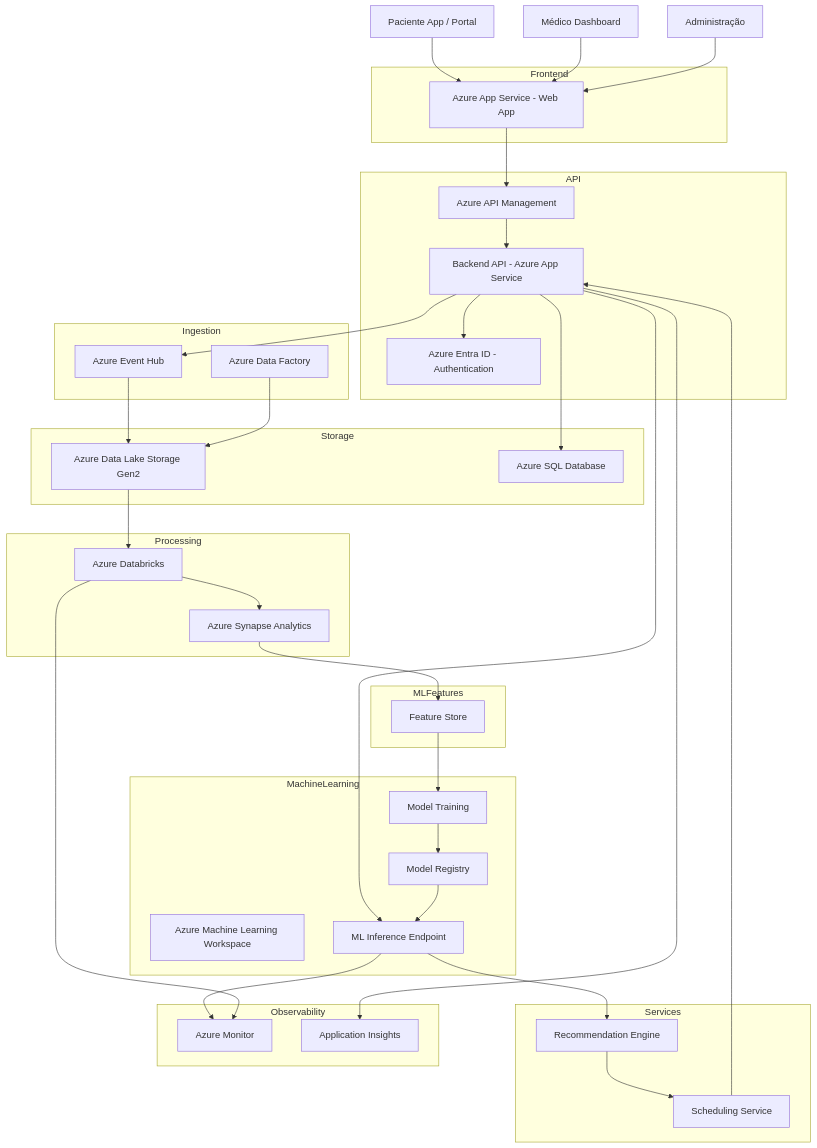
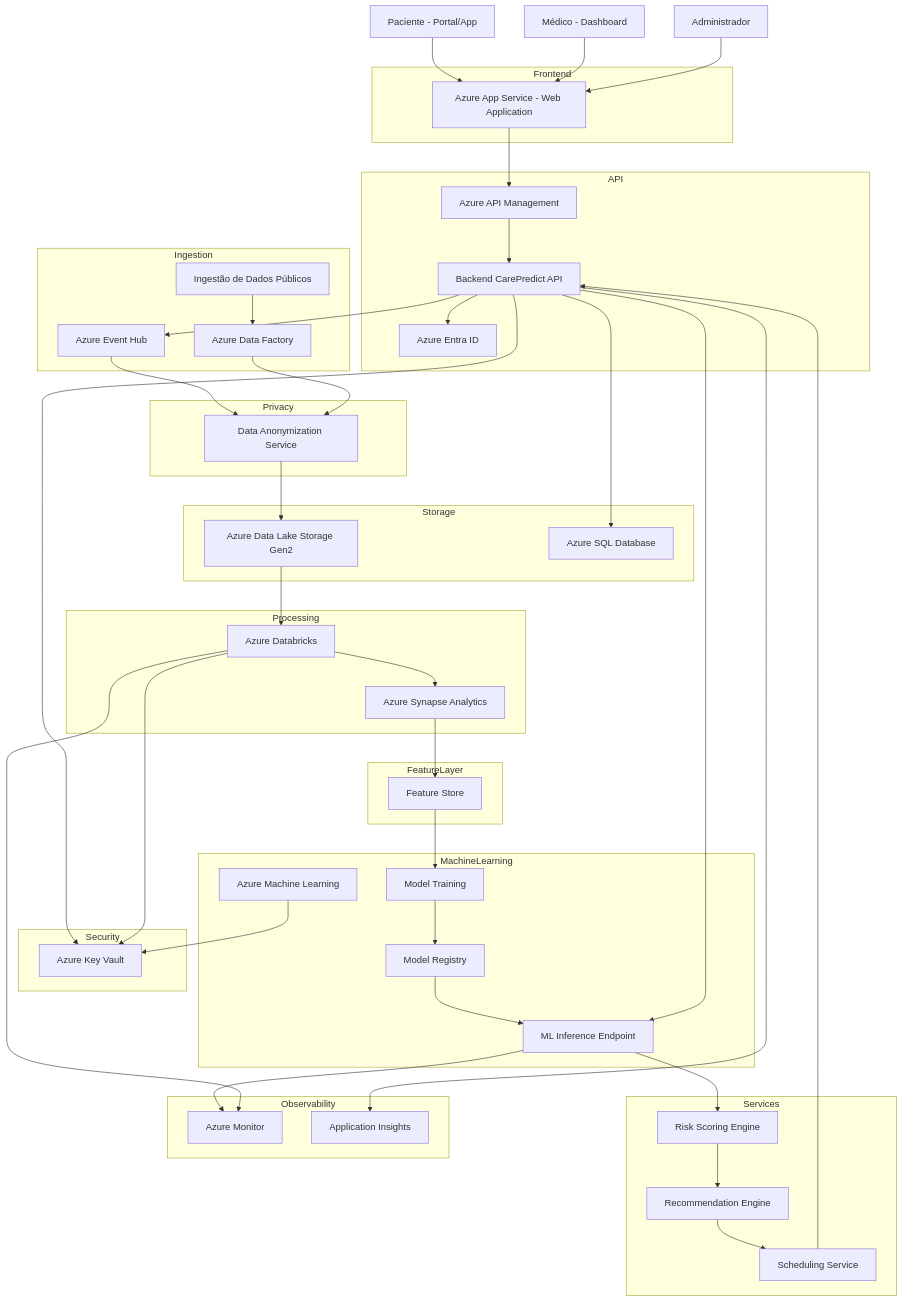
One commit to ccps1-care-predict/care-plus-ccps1 changed the first of 2 diagrams in ARQUITERUA CLOUD.md. Above: the diagram before and after it, drawn with Mermaid. The commit also changed other lines of this file, not shown here.

`````diff
--- a/ARQUITERUA CLOUD.md
+++ b/ARQUITERUA CLOUD.md
@@ -4,92 +17,155 @@
 flowchart TB
 
 %% USERS
-Paciente[Paciente App / Portal]
-Medico[Médico Dashboard]
-Admin[Administração]
+
+Paciente[Paciente - Portal/App]
+Medico[Médico - Dashboard]
+Admin[Administrador]
 
 %% FRONTEND
+
 subgraph Frontend
-WebApp[Azure App Service - Web App]
+
+WebApp[Azure App Service - Web Application]
+
 end
 
 %% API LAYER
+
 subgraph API
+
 APIM[Azure API Management]
-Backend[Backend API - Azure App Service]
-Auth[Azure Entra ID - Authentication]
+Backend[Backend CarePredict API]
+Auth[Azure Entra ID]
+
+end
+
+%% SECURITY
+
+subgraph Security
+
+KeyVault[Azure Key Vault]
+
 end
 
 %% DATA INGESTION
+
 subgraph Ingestion
+
 EventHub[Azure Event Hub]
 DataFactory[Azure Data Factory]
+PublicData[Ingestão de Dados Públicos]
+
+end
+
+%% PRIVACY
+
+subgraph Privacy
+
+Anonymization[Data Anonymization Service]
+
 end
 
 %% DATA STORAGE
+
 subgraph Storage
+
 DataLake[Azure Data Lake Storage Gen2]
 SQLDB[Azure SQL Database]
+
 end
 
 %% DATA PROCESSING
+
 subgraph Processing
+
 Databricks[Azure Databricks]
 Synapse[Azure Synapse Analytics]
+
 end
 
 %% FEATURE STORE
-subgraph MLFeatures
+
+subgraph FeatureLayer
+
 FeatureStore[Feature Store]
+
 end
 
 %% MACHINE LEARNING
+
 subgraph MachineLearning
-MLWorkspace[Azure Machine Learning Workspace]
+
+MLWorkspace[Azure Machine Learning]
 Training[Model Training]
 Registry[Model Registry]
 Inference[ML Inference Endpoint]
+
 end
 
 %% APPLICATION SERVICES
+
 subgraph Services
+
+RiskEngine[Risk Scoring Engine]
 Recommendation[Recommendation Engine]
 Scheduling[Scheduling Service]
+
 end
 
 %% MONITORING
+
 subgraph Observability
+
 Monitor[Azure Monitor]
 AppInsights[Application Insights]
+
 end
 
-%% FLOWS
+%% USERS
 
 Paciente --> WebApp
 Medico --> WebApp
 Admin --> WebApp
 
+%% FRONTEND → API
+
 WebApp --> APIM
 APIM --> Backend
 Backend --> Auth
 
+%% SECURITY
+
+Backend --> KeyVault
+Databricks --> KeyVault
+MLWorkspace --> KeyVault
+
+%% DATA FLOW
+
 Backend --> SQLDB
-Backend --> Inference
+
+%% EVENT STREAM
+
+Backend --> EventHub
 
 %% DATA INGESTION
 
-Backend --> EventHub
-EventHub --> DataLake
-DataFactory --> DataLake
+EventHub --> Anonymization
+PublicData --> DataFactory
+DataFactory --> Anonymization
+
+Anonymization --> DataLake
 
 %% DATA PROCESSING
 
 DataLake --> Databricks
 Databricks --> Synapse
 
+%% FEATURE ENGINEERING
+
 Synapse --> FeatureStore
 
-%% ML PIPELINE
+%% MACHINE LEARNING
 
 FeatureStore --> Training
 Training --> Registry
@@ -97,7 +173,10 @@
 
 %% APPLICATION LOGIC
 
-Inference --> Recommendation
+Backend --> Inference
+Inference --> RiskEngine
+RiskEngine --> Recommendation
+
 Recommendation --> Scheduling
 
 Scheduling --> Backend
@@ -107,4 +186,4 @@
 Backend --> AppInsights
 Inference --> Monitor
 Databricks --> Monitor
-```
+````
`````
